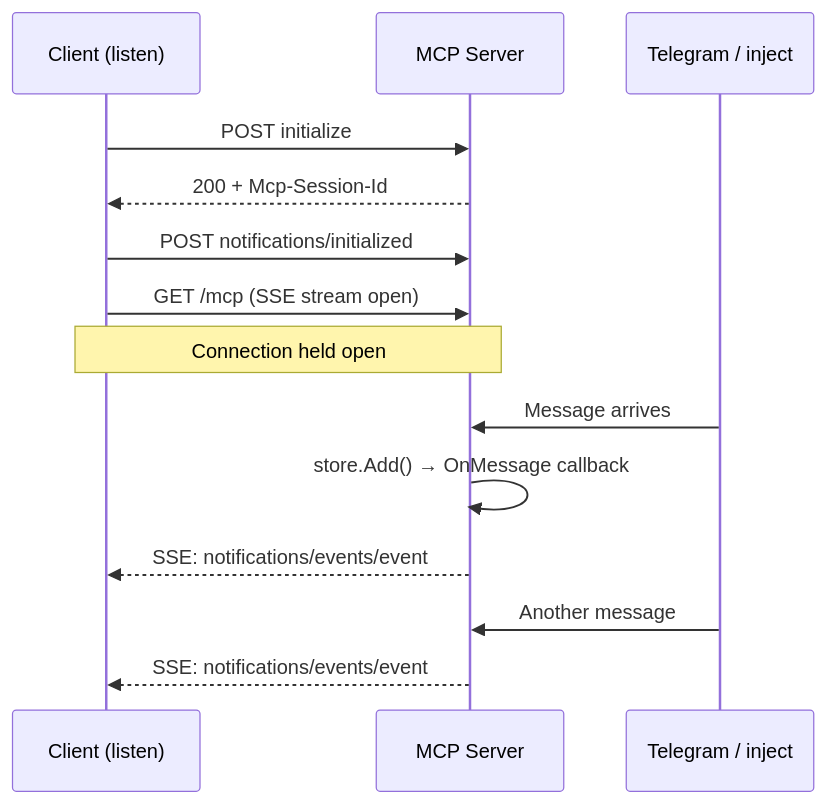
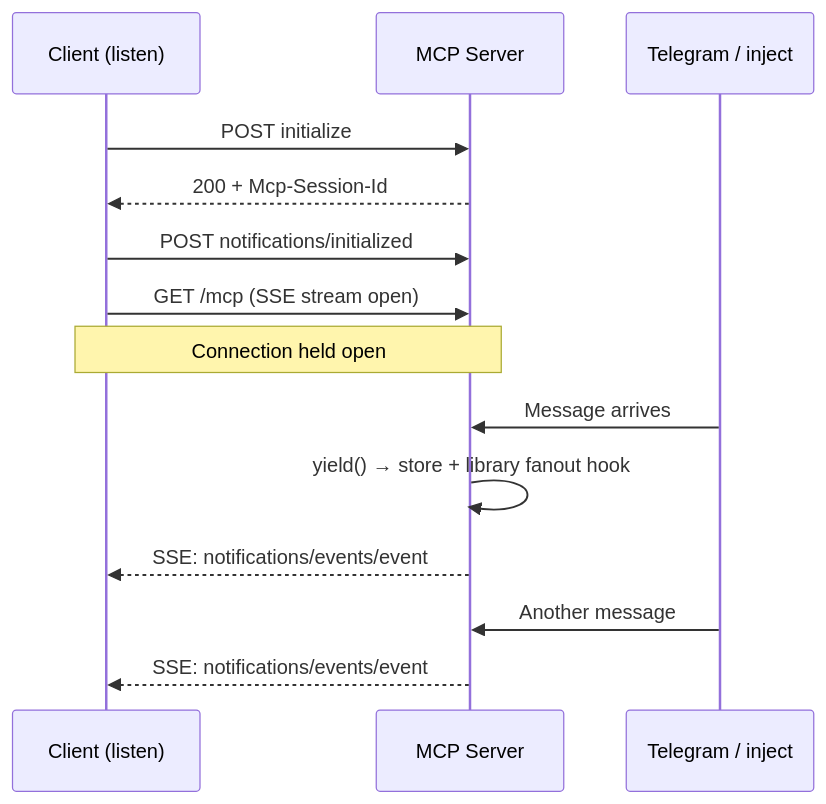
Before and after one commit to panyam/mcpkit: the first of 3 diagrams in experimental/telegram-events/README.md, drawn with Mermaid. The commit also changed other lines of this file and 24 other files, not shown here.

````diff
--- a/experimental/telegram-events/README.md
+++ b/experimental/telegram-events/README.md
@@ -36,18 +36,18 @@
 ```mermaid
 sequenceDiagram
     participant C as Client (listen)
     participant S as MCP Server
     participant T as Telegram / inject
 
     C->>S: POST initialize
     S-->>C: 200 + Mcp-Session-Id
     C->>S: POST notifications/initialized
     C->>S: GET /mcp (SSE stream open)
     Note over C,S: Connection held open
 
     T->>S: Message arrives
-    S->>S: store.Add() → OnMessage callback
+    S->>S: yield() → store + library fanout hook
     S-->>C: SSE: notifications/events/event
     T->>S: Another message
     S-->>C: SSE: notifications/events/event
 ```
````
